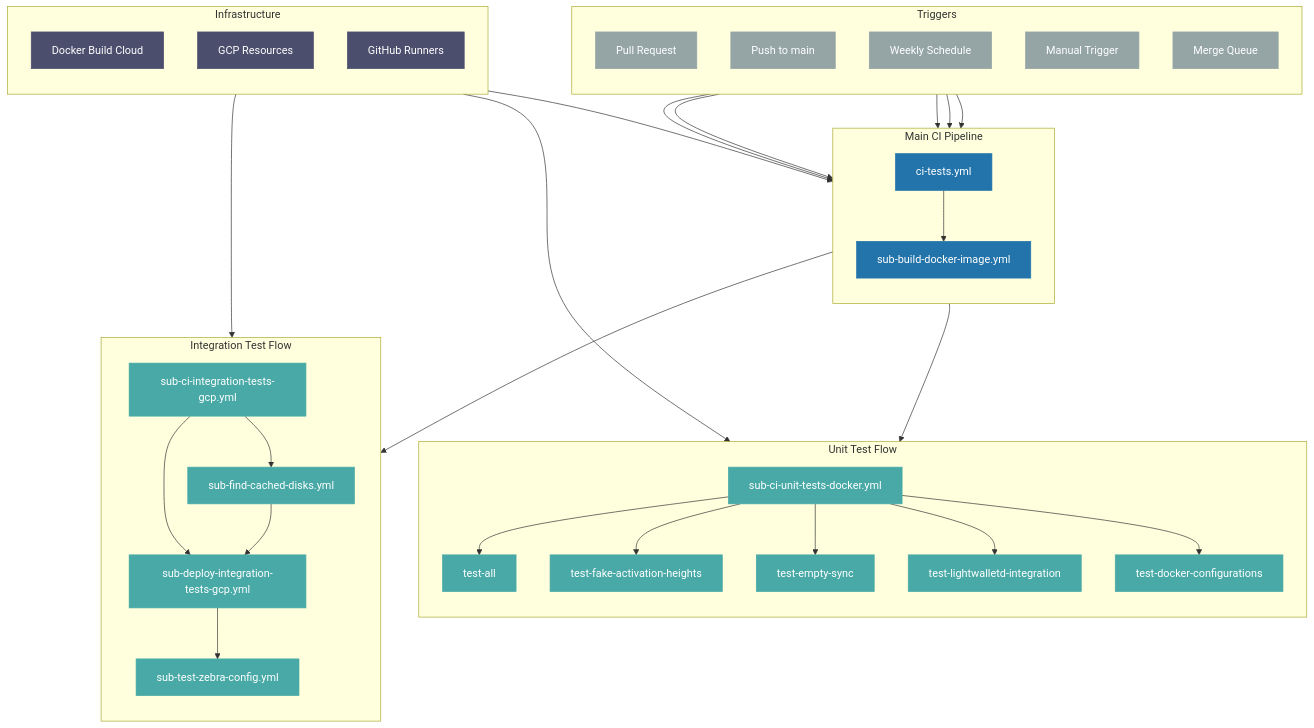
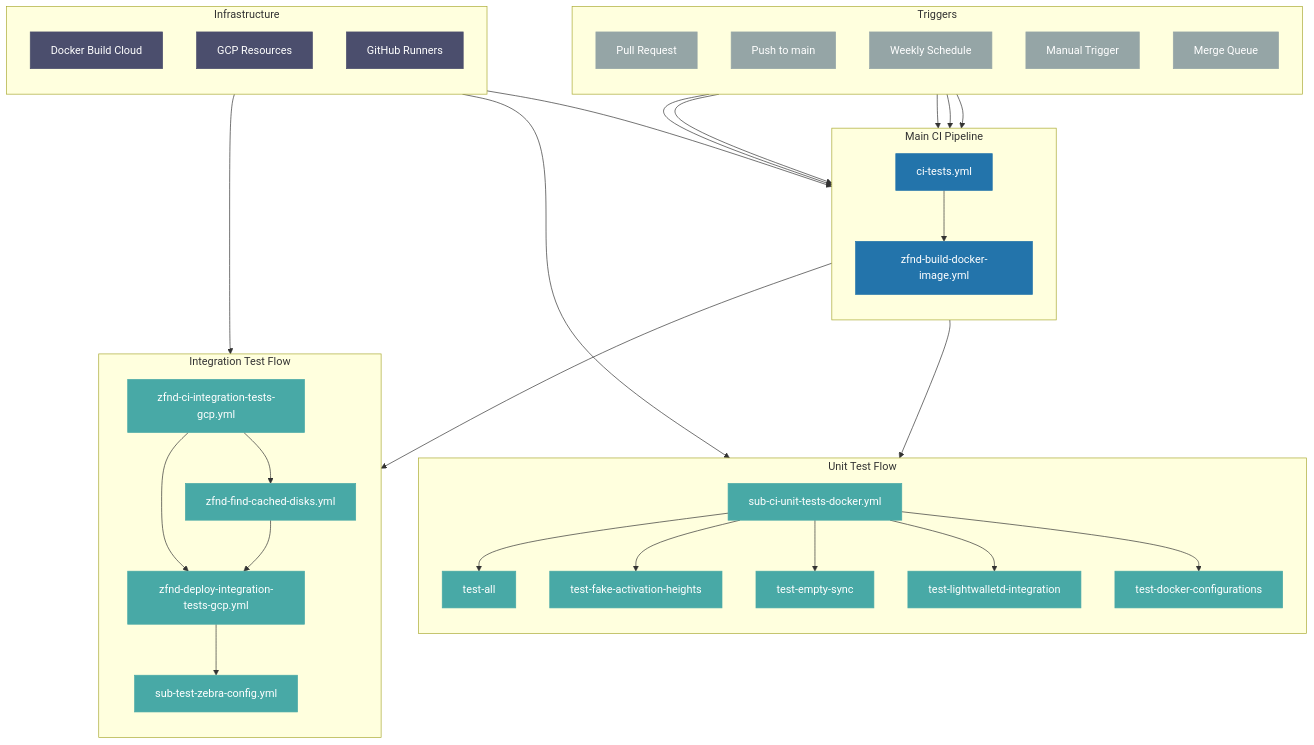
One commit to ZcashFoundation/zebra changed the diagram in .github/workflows/README.md. Above: the diagram before and after it, drawn with Mermaid. The commit also changed 69 other files, not shown here.

````diff
--- a/.github/workflows/README.md
+++ b/.github/workflows/README.md
@@ -24,78 +24,78 @@
 ```mermaid
 graph TB
     %% Define Triggers subgraph with parallel triggers
     subgraph "Triggers"
         direction TB
         P[Pull Request] & Q[Push to main] & R[Weekly Schedule] & S[Manual Trigger] & T[Merge Queue]
     end
 
     %% Main CI Pipeline with parallel flows after build
     subgraph "Main CI Pipeline"
         direction TB
         A[ci-tests.yml]
-        B[sub-build-docker-image.yml]
+        B[zfnd-build-docker-image.yml]
         A --> B
     end
 
     %% Infrastructure dependencies
     subgraph "Infrastructure"
         direction TB
         M[Docker Build Cloud]
         N[GCP Resources]
         O[GitHub Runners]
     end
 
     %% Unit Test Flow with parallel test execution
     subgraph "Unit Test Flow"
         direction TB
         C[sub-ci-unit-tests-docker.yml]
         H[test-all] & I[test-fake-activation-heights] & J[test-empty-sync] & K[test-lightwalletd-integration] & L[test-docker-configurations]
         C --> H
         C --> I
         C --> J
         C --> K
         C --> L
     end
 
     %% Integration Test Flow with some parallel and some sequential steps
     subgraph "Integration Test Flow"
         direction TB
-        D[sub-ci-integration-tests-gcp.yml]
-        E[sub-find-cached-disks.yml]
-        F[sub-deploy-integration-tests-gcp.yml]
+        D[zfnd-ci-integration-tests-gcp.yml]
+        E[zfnd-find-cached-disks.yml]
+        F[zfnd-deploy-integration-tests-gcp.yml]
         G[sub-test-zebra-config.yml]
         D --> E
         D --> F
         E --> F
         F --> G
     end
 
     %% Connect triggers to main pipeline
     P --> A
     Q --> A
     R --> A
     S --> A
     T --> A
 
     %% Connect infrastructure to respective components
     M --> B
     N --> D
     O --> C
 
     %% Connect main pipeline to test flows
     B --> C
     B --> D
 
     %% Style definitions
     classDef primary fill:#2374ab,stroke:#2374ab,color:white
     classDef secondary fill:#48a9a6,stroke:#48a9a6,color:white
     classDef infra fill:#4b4e6d,stroke:#4b4e6d,color:white
     classDef trigger fill:#95a5a6,stroke:#95a5a6,color:white
 
     %% Apply styles
     class A,B primary
     class C,D,E,F,G secondary
     class H,I,J,K,L secondary
     class M,N,O infra
     class P,Q,R,S,T trigger
 ```
````
